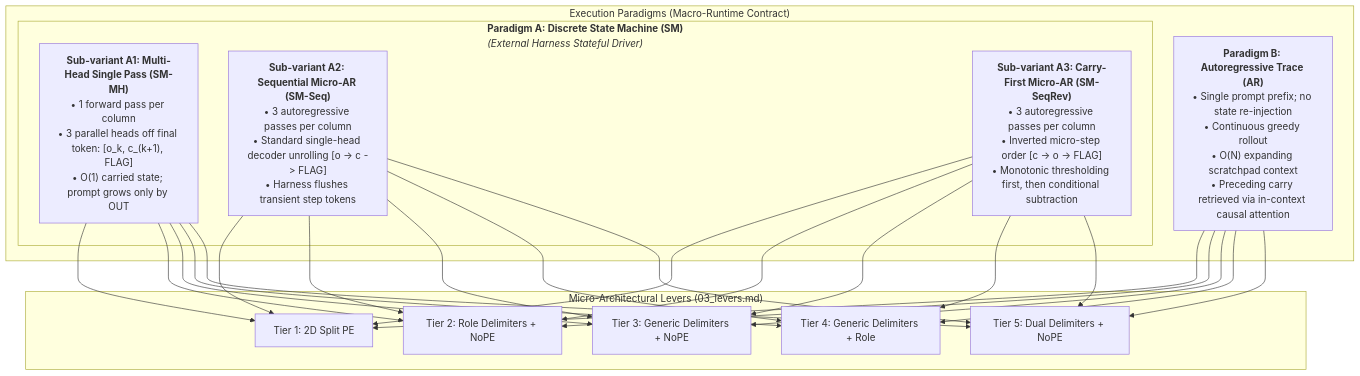
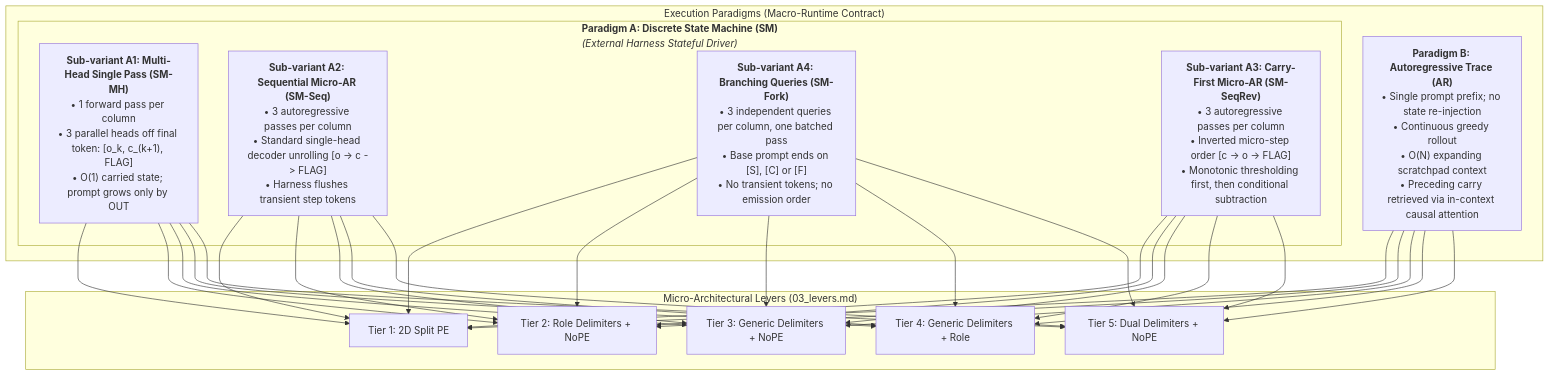
One commit to louiseightsix/yessir changed the diagram in spec/02_mechanics.md. Above: the diagram before and after it, drawn with Mermaid. The commit also changed other lines of this file and 17 other files, not shown here.

````diff
--- a/spec/02_mechanics.md
+++ b/spec/02_mechanics.md
@@ -15,24 +15,26 @@
 ```mermaid
 flowchart TD
     subgraph P["Execution Paradigms (Macro-Runtime Contract)"]
         subgraph SM["<b>Paradigm A: Discrete State Machine (SM)</b><br/><i>(External Harness Stateful Driver)</i>"]
             SM_MH["<b>Sub-variant A1: Multi-Head Single Pass (SM-MH)</b><br/>• 1 forward pass per column<br/>• 3 parallel heads off final token: [o_k, c_(k+1), FLAG]<br/>• O(1) carried state; prompt grows only by OUT"]
             SM_Seq["<b>Sub-variant A2: Sequential Micro-AR (SM-Seq)</b><br/>• 3 autoregressive passes per column<br/>• Standard single-head decoder unrolling [o -> c -> FLAG]<br/>• Harness flushes transient step tokens"]
+            SM_Fork["<b>Sub-variant A4: Branching Queries (SM-Fork)</b><br/>• 3 independent queries per column, one batched pass<br/>• Base prompt ends on [S], [C] or [F]<br/>• No transient tokens; no emission order"]
             SM_SeqRev["<b>Sub-variant A3: Carry-First Micro-AR (SM-SeqRev)</b><br/>• 3 autoregressive passes per column<br/>• Inverted micro-step order [c -> o -> FLAG]<br/>• Monotonic thresholding first, then conditional subtraction"]
         end
         AR["<b>Paradigm B: Autoregressive Trace (AR)</b><br/>• Single prompt prefix; no state re-injection<br/>• Continuous greedy rollout<br/>• O(N) expanding scratchpad context<br/>• Preceding carry retrieved via in-context causal attention"]
     end
 
     subgraph L["Micro-Architectural Levers (03_levers.md)"]
         T1["Tier 1: 2D Split PE"]
         T2["Tier 2: Role Delimiters + NoPE"]
         T3["Tier 3: Generic Delimiters + NoPE"]
         T4["Tier 4: Generic Delimiters + Role"]
         T5["Tier 5: Dual Delimiters + NoPE"]
     end
 
     SM_MH --> T1 & T2 & T3 & T4 & T5
     SM_Seq --> T1 & T2 & T3 & T4 & T5
     SM_SeqRev --> T1 & T2 & T3 & T4 & T5
+    SM_Fork --> T1 & T2 & T3 & T4 & T5
     AR --> T1 & T2 & T3 & T4 & T5
 ```
````
